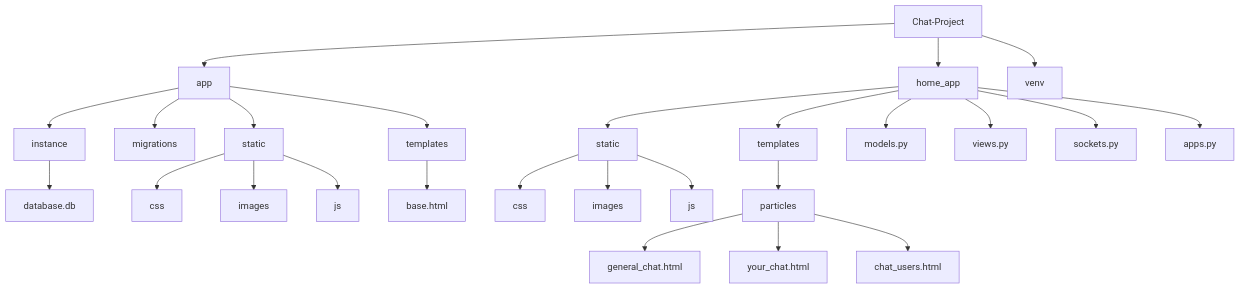
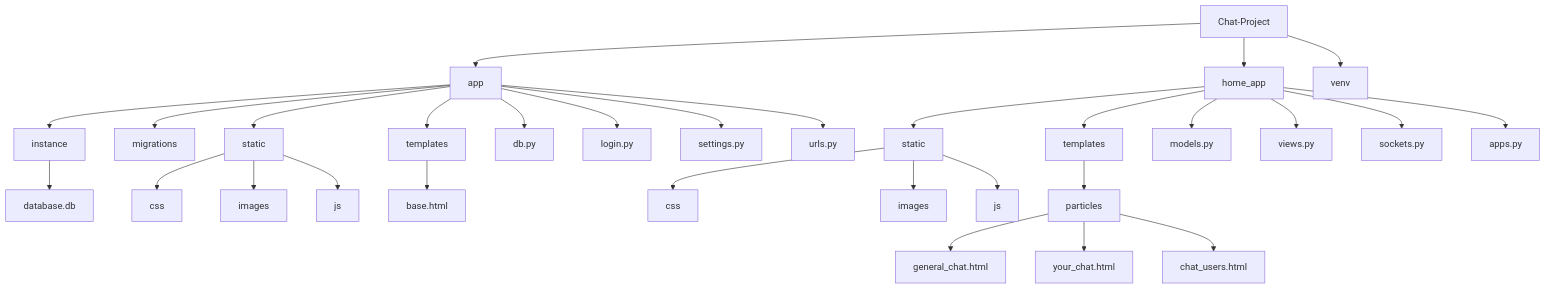
One commit to dianaaao/Chat-project changed the diagram in README.md. Above: the diagram before and after it, drawn with Mermaid.

Commit message:
second fix gif in readme

````diff
--- a/README.md
+++ b/README.md
@@ -144,28 +144,32 @@
 ```mermaid
     graph TD;
         Chat-Project-->app;
         Chat-Project-->home_app;
         Chat-Project-->venv;
         app-->instance;
         app-->migrations;
         app-->static_app[static];
         app-->templates_app[templates];
+        app-->db.py;
+        app-->login.py;
+        app-->settings.py;
+        app-->urls.py;
         instance-->database.db;
         static_app-->css_app[css];
         static_app-->images_app[images];
         static_app-->js_app[js];
         templates_app-->base.html;
         home_app-->static_home[static];
         home_app-->templates_home[templates];
         home_app-->models.py;
         home_app-->views.py;
         home_app-->sockets.py;
         home_app-->apps.py;
         static_home-->css_home[css];
         static_home-->images_home[images];
         static_home-->js_home[js];
         templates_home-->particles;
         particles-->general_chat.html;
         particles-->your_chat.html;
         particles-->chat_users.html;
 ```
````
